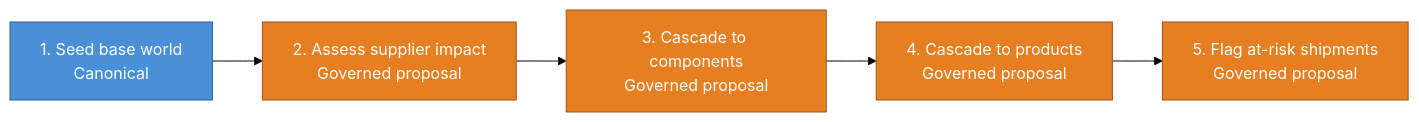
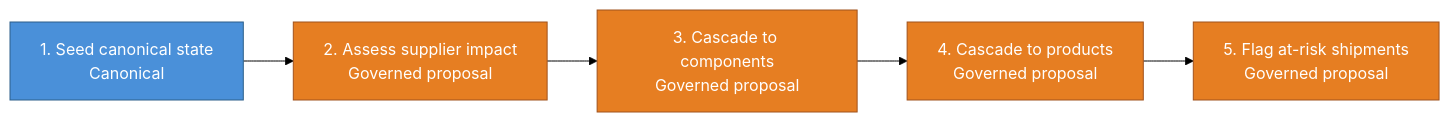
Before and after one commit to cruxible-ai/cruxible-core: the second of 3 diagrams in demos/supply-chain-blast-radius/README.md, drawn with Mermaid (forest theme). The commit also changed other lines of this file and 3 other files, not shown here.

Commit message:
Document generated config views in onboarding flows

````diff
--- a/demos/supply-chain-blast-radius/README.md
+++ b/demos/supply-chain-blast-radius/README.md
@@ -69,17 +69,17 @@
 ```mermaid
 flowchart LR
   classDef canonicalWorkflow fill:#4a90d9,stroke:#2c5f8a,color:#fff
   classDef governedWorkflow fill:#e67e22,stroke:#a0521c,color:#fff
 
-  workflow_pipeline_build_seed_state["1. Seed base world<br/>Canonical"]
+  workflow_pipeline_build_seed_state["1. Seed canonical state<br/>Canonical"]
   workflow_pipeline_propose_incident_impacts_supplier["2. Assess supplier impact<br/>Governed proposal"]
   workflow_pipeline_propose_incident_impacts_component["3. Cascade to components<br/>Governed proposal"]
   workflow_pipeline_propose_incident_impacts_product["4. Cascade to products<br/>Governed proposal"]
   workflow_pipeline_propose_shipment_at_risk["5. Flag at-risk shipments<br/>Governed proposal"]
   workflow_pipeline_build_seed_state --> workflow_pipeline_propose_incident_impacts_supplier
   workflow_pipeline_propose_incident_impacts_supplier --> workflow_pipeline_propose_incident_impacts_component
   workflow_pipeline_propose_incident_impacts_component --> workflow_pipeline_propose_incident_impacts_product
   workflow_pipeline_propose_incident_impacts_product --> workflow_pipeline_propose_shipment_at_risk
   class workflow_pipeline_build_seed_state canonicalWorkflow
   class workflow_pipeline_propose_incident_impacts_supplier,workflow_pipeline_propose_incident_impacts_component,workflow_pipeline_propose_incident_impacts_product,workflow_pipeline_propose_shipment_at_risk governedWorkflow
 ```
````
